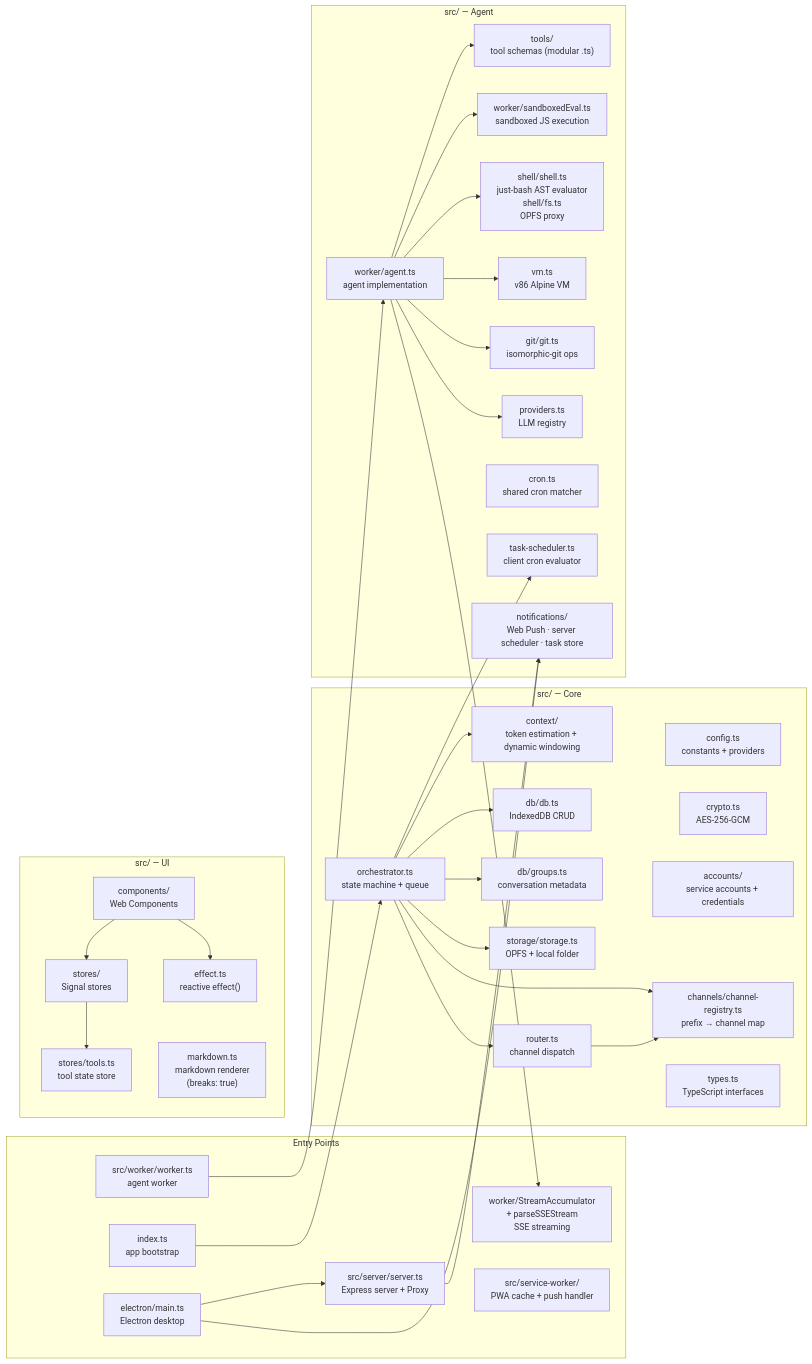
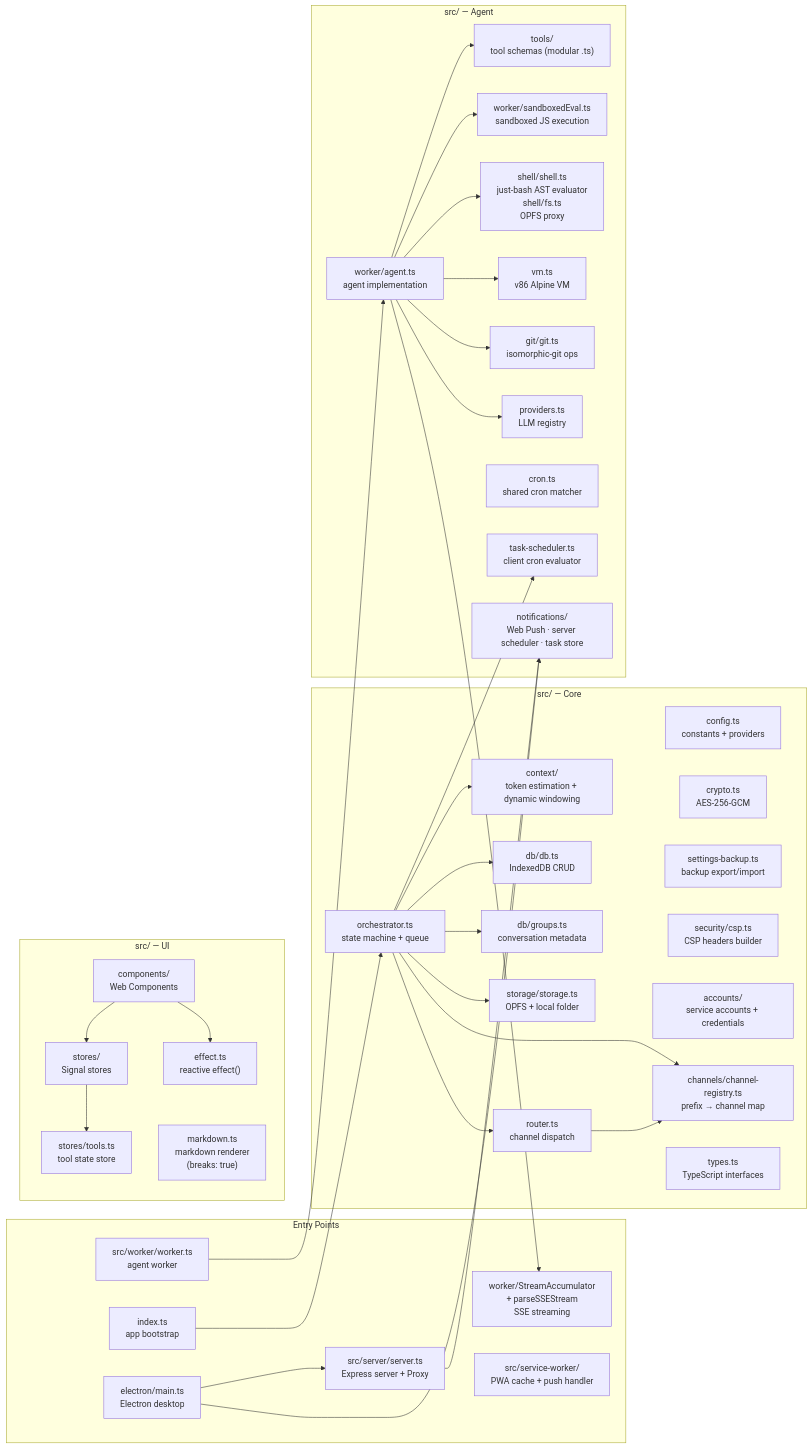
The diagram in AGENTS.md (xt-ml/shadow-claw), drawn with Mermaid before and after one commit. The commit also changed other lines of this file and 17 other files, not shown here.

````diff
--- a/AGENTS.md
+++ b/AGENTS.md
@@ -18,57 +18,59 @@
 ```mermaid
 graph LR
   subgraph Entry ["Entry Points"]
     index_ts["index.ts<br>app bootstrap"]
     worker_ts["src/worker/worker.ts<br>agent worker"]
     stream["worker/StreamAccumulator<br>+ parseSSEStream<br>SSE streaming"]
     sw["src/service-worker/<br>PWA cache + push handler"]
     serve["src/server/server.ts<br>Express server + Proxy"]
     electron["electron/main.ts<br>Electron desktop"]
   end
 
   subgraph Core ["src/ — Core"]
     orchestrator["orchestrator.ts<br>state machine + queue"]
     config["config.ts<br>constants + providers"]
     context["context/<br>token estimation + dynamic windowing"]
     db["db/db.ts<br>IndexedDB CRUD"]
     groups["db/groups.ts<br>conversation metadata"]
     storage["storage/storage.ts<br>OPFS + local folder"]
     crypto["crypto.ts<br>AES-256-GCM"]
+    backup["settings-backup.ts<br>backup export/import"]
+    csp["security/csp.ts<br>CSP headers builder"]
     accounts["accounts/<br>service accounts + credentials"]
     registry["channels/channel-registry.ts<br>prefix → channel map"]
     router["router.ts<br>channel dispatch"]
     types["types.ts<br>TypeScript interfaces"]
   end
 
   subgraph Agent ["src/ — Agent"]
     agent["worker/agent.ts<br>agent implementation"]
     tools["tools/<br>tool schemas (modular .ts)"]
     sandbox["worker/sandboxedEval.ts<br>sandboxed JS execution"]
     shell["shell/shell.ts<br>just-bash AST evaluator<br>shell/fs.ts<br>OPFS proxy"]
     vm["vm.ts<br>v86 Alpine VM"]
     gitmod["git/git.ts<br>isomorphic-git ops"]
     providers["providers.ts<br>LLM registry"]
     cron["cron.ts<br>shared cron matcher"]
     scheduler["task-scheduler.ts<br>client cron evaluator"]
     notifications["notifications/<br>Web Push · server scheduler · task store"]
   end
 
   subgraph UI ["src/ — UI"]
     components["components/<br>Web Components"]
     stores["stores/<br>Signal stores"]
     tools_store["stores/tools.ts<br>tool state store"]
     effect["effect.ts<br>reactive effect()"]
     markdown["markdown.ts<br>markdown renderer<br>(breaks: true)"]
   end
 
   index_ts --> orchestrator
   orchestrator --> db & groups & storage & registry & router & scheduler & context
   router --> registry
   worker_ts --> agent
   agent --> tools & sandbox & shell & vm & gitmod & providers & stream
   electron --> serve
   serve --> notifications
   electron --> notifications
   components --> stores & effect
   stores --> tools_store
 ```
````
